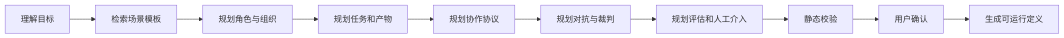
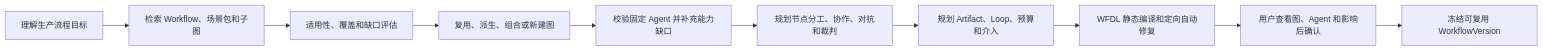
Before and after one commit to Logayan/agent-arena: the third of 4 diagrams in docs/04-design/agent-society-and-workflow-factory.md, drawn with Mermaid. The commit also changed other lines of this file and 29 other files, not shown here.

````diff
--- a/docs/04-design/agent-society-and-workflow-factory.md
+++ b/docs/04-design/agent-society-and-workflow-factory.md
@@ -331,12 +429,12 @@
 ```mermaid
 flowchart LR
-    A["理解目标"] --> B["检索场景模板"]
-    B --> C["规划角色与组织"]
-    C --> D["规划任务和产物"]
-    D --> E["规划协作协议"]
-    E --> F["规划对抗与裁判"]
-    F --> G["规划评估和人工介入"]
-    G --> H["静态校验"]
-    H --> I["用户确认"]
-    I --> J["生成可运行定义"]
+    A["理解生产流程目标"] --> B["检索 Workflow、场景包和子图"]
+    B --> C["适用性、覆盖和缺口评估"]
+    C --> D["复用、派生、组合或新建图"]
+    D --> E["校验固定 Agent 并补充能力缺口"]
+    E --> F["规划节点分工、协作、对抗和裁判"]
+    F --> G["规划 Artifact、Loop、预算和介入"]
+    G --> H["WFDL 静态编译和定向自动修复"]
+    H --> I["用户查看图、Agent 和影响后确认"]
+    I --> J["冻结可复用 WorkflowVersion"]
 ```
````
